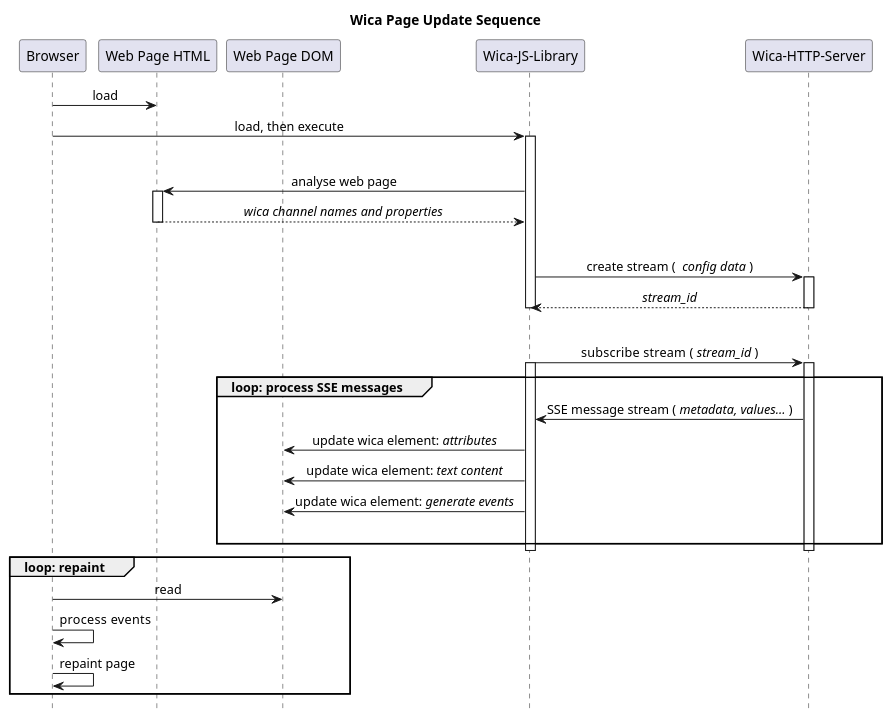
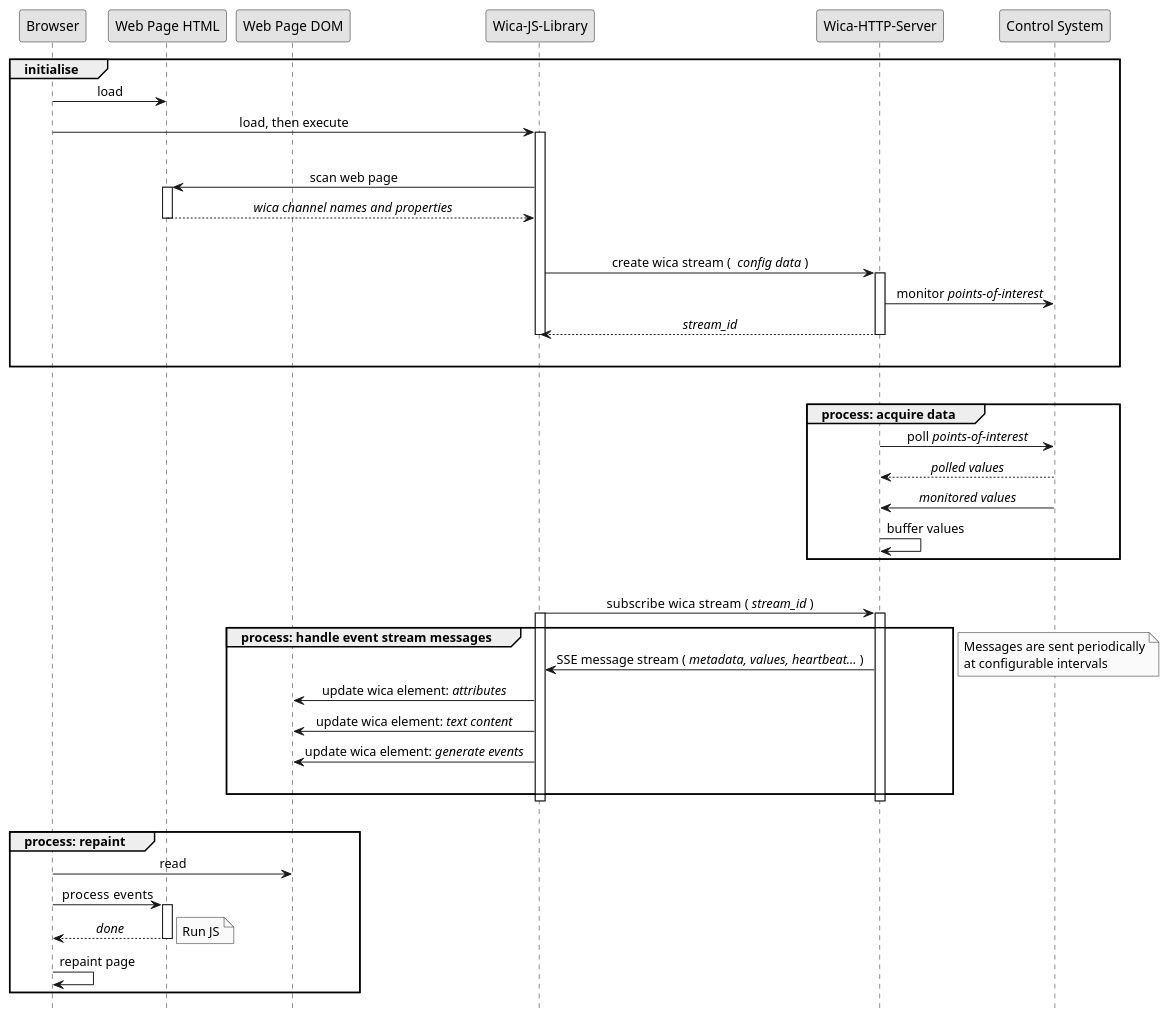
Before and after one commit to paulscherrerinstitute/wica-js: the diagram in docs/sequence.puml, drawn with PlantUML.

Commit message:
Documentation improvements.

```diff
--- a/docs/sequence.puml
+++ b/docs/sequence.puml
@@ -3,45 +3,61 @@
 @startuml
 
 participant "Browser"
 participant "Web Page HTML"
 participant "Web Page DOM"
 participant "Wica-JS-Library"
 participant "Wica-HTTP-Server"
+participant "Control System"
 
-title Wica Page Update Sequence
 hide footbox
 skinparam sequenceMessageAlign center
+skinparam monochrome true
 
+group initialise
 "Browser" -> "Web Page HTML" : load
 "Browser" -> "Wica-JS-Library" : load, then execute
 |||
 activate "Wica-JS-Library"
-"Wica-JS-Library" -> "Web Page HTML"  : analyse web page
+"Wica-JS-Library" -> "Web Page HTML"  : scan web page
 activate "Web Page HTML"
 return // wica channel names and properties//
 |||
-"Wica-JS-Library" -> "Wica-HTTP-Server" : create stream ( // config data// )
+"Wica-JS-Library" -> "Wica-HTTP-Server" : create wica stream ( // config data// )
 activate "Wica-HTTP-Server"
+    "Wica-HTTP-Server" -> "Control System" : monitor //points-of-interest//
 return //stream_id//
 deactivate "Wica-JS-Library"
 |||
-"Wica-JS-Library" -> "Wica-HTTP-Server" : subscribe stream  ( //stream_id// )
+end
+|||
+group process: acquire data
+    "Wica-HTTP-Server" -> "Control System" : poll //points-of-interest//
+    return //polled values//
+        "Control System" -> "Wica-HTTP-Server" : //monitored values//
+    "Wica-HTTP-Server" -> "Wica-HTTP-Server" : buffer values
+end
+|||
+"Wica-JS-Library" -> "Wica-HTTP-Server" : subscribe wica stream  ( //stream_id// )
 activate "Wica-JS-Library"
 activate "Wica-HTTP-Server"
-group loop: process SSE messages
-    "Wica-HTTP-Server" -> "Wica-JS-Library" : SSE message stream ( //metadata, values...// )
+group process: handle event stream messages
+    "Wica-HTTP-Server" -> "Wica-JS-Library" : SSE message stream ( //metadata, values, heartbeat...// )
     "Wica-JS-Library" -> "Web Page DOM" : update wica element: //attributes//
     "Wica-JS-Library" -> "Web Page DOM" : update wica element: //text content//
     "Wica-JS-Library" -> "Web Page DOM" : update wica element: //generate events//
 |||
 end
+note left: Messages are sent periodically\nat configurable intervals
 deactivate "Wica-JS-Library"
 deactivate "Wica-HTTP-Server"
-
-group loop: repaint
+|||
+group process: repaint
     "Browser" -> "Web Page DOM" : read
-    "Browser" -> "Browser" : process  events
+    "Browser" -> "Web Page HTML" : process  events
+    activate "Web Page HTML"
+    return //done//
+    note right: Run JS
     "Browser" -> "Browser" : repaint page
 end
 
 @enduml
```
